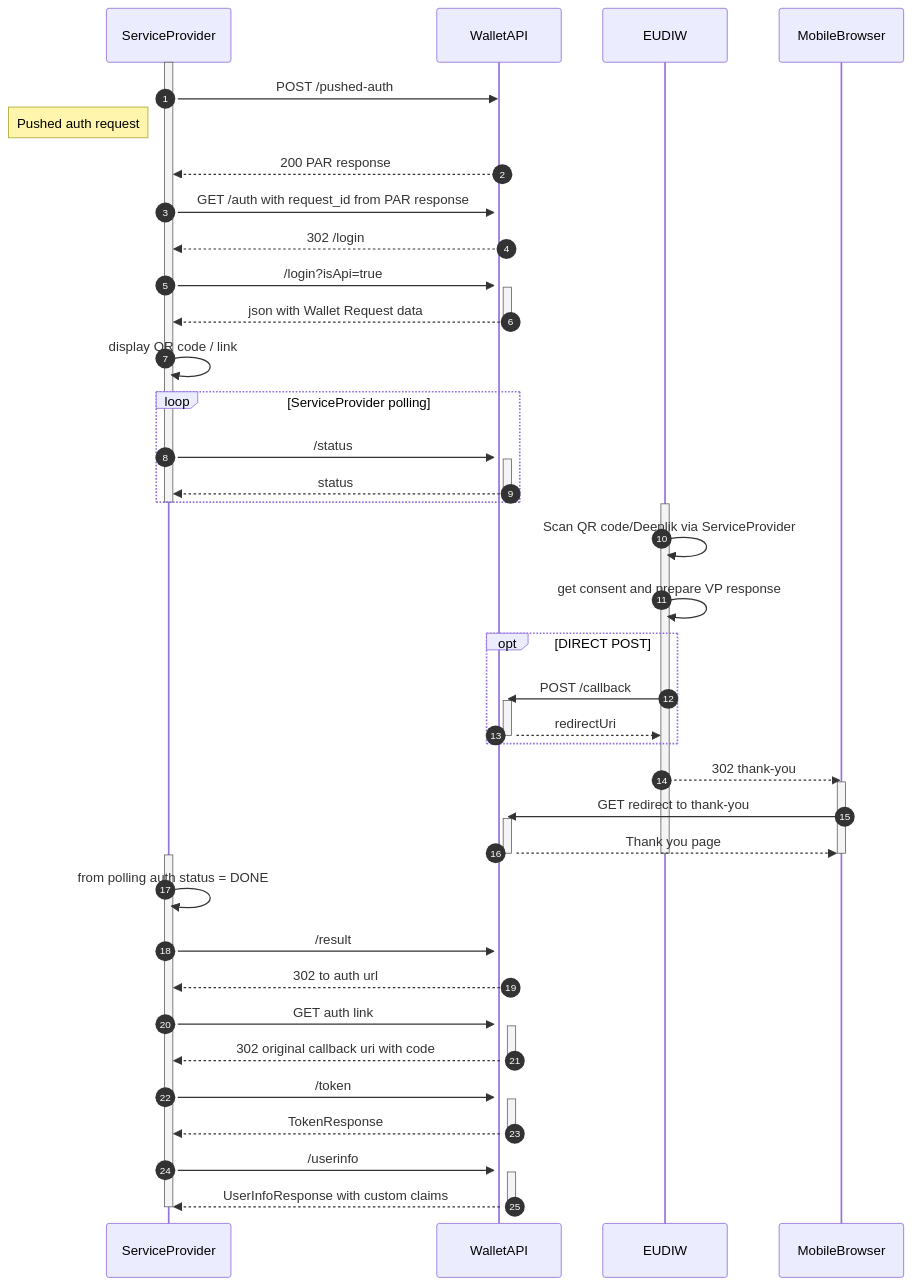
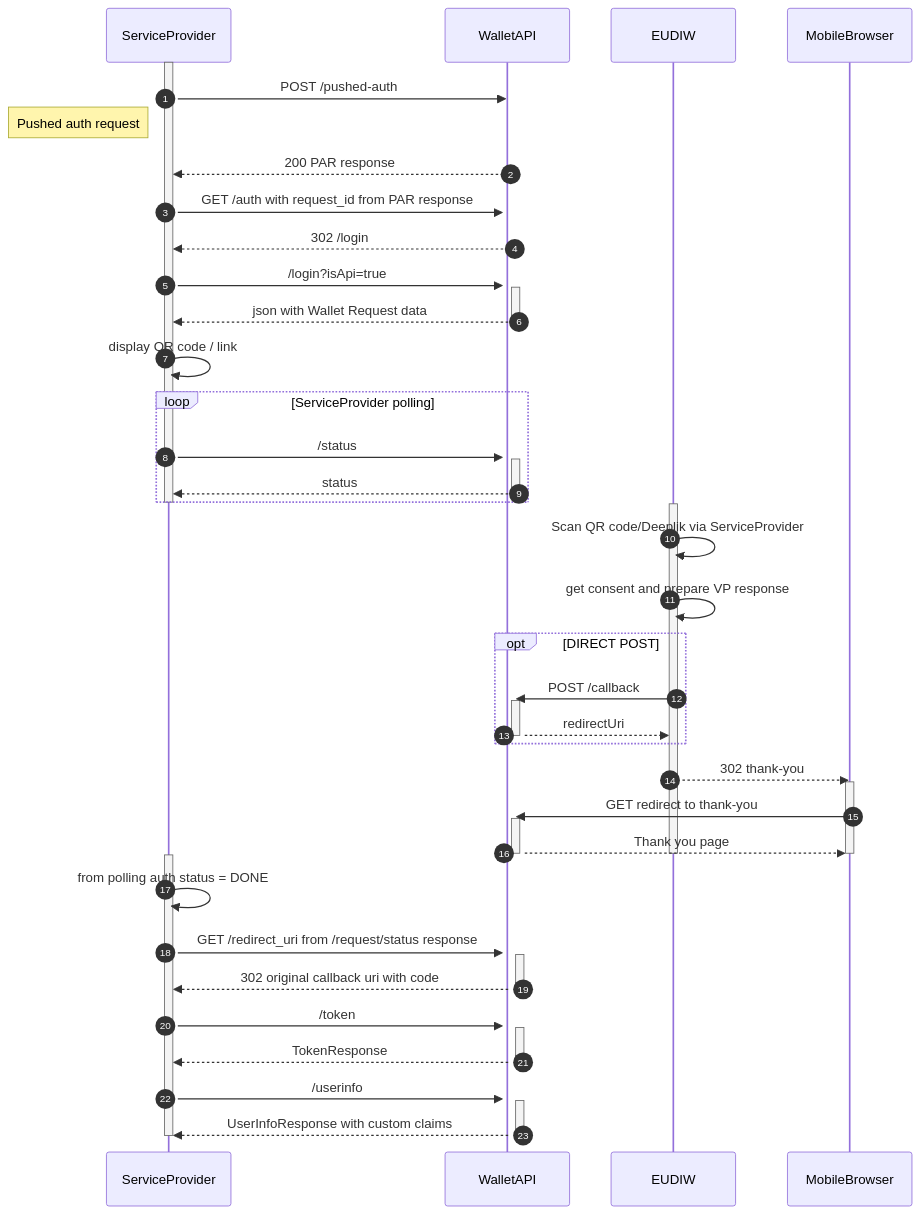
Before and after one commit to BankovniIdentita/wallet-api-docs: the diagram in docs/OpenID4VP_overview_SeP.mmd, drawn with Mermaid. The commit also changed 4 other files, not shown here.

Commit message:
Remove `/result` endpoint and update documentation to reflect `redirect_uri` handling improvements

```diff
--- a/docs/OpenID4VP_overview_SeP.mmd
+++ b/docs/OpenID4VP_overview_SeP.mmd
@@ -1,64 +1,62 @@
 sequenceDiagram
     autonumber
     participant ServiceProvider
     participant WalletAPI
     participant EUDIW
     participant MobileBrowser
 
     activate ServiceProvider
     ServiceProvider->>WalletAPI: POST /pushed-auth
     Note left of ServiceProvider: Pushed auth request
     activate WalletAPI
     WalletAPI-->>ServiceProvider: 200 PAR response
     ServiceProvider ->> WalletAPI: GET /auth with request_id from PAR response
     activate WalletAPI
     WalletAPI -->> ServiceProvider: 302 /login
     ServiceProvider ->> WalletAPI: /login?isApi=true
     activate WalletAPI
     WalletAPI -->> ServiceProvider: json with Wallet Request data
     deactivate WalletAPI
     ServiceProvider->>ServiceProvider: display QR code / link
     loop ServiceProvider polling
         ServiceProvider->>WalletAPI: /status
         activate WalletAPI
         WalletAPI-->>ServiceProvider: status
         deactivate WalletAPI
     end
     deactivate ServiceProvider
 
     activate EUDIW
     EUDIW->>EUDIW: Scan QR code/Deeplik via ServiceProvider
     EUDIW->>EUDIW: get consent and prepare VP response
     opt DIRECT POST
         EUDIW->>WalletAPI: POST /callback
         activate WalletAPI
         WalletAPI-->>EUDIW: redirectUri
         deactivate WalletAPI
     end
     EUDIW-->>MobileBrowser: 302 thank-you
     activate MobileBrowser
     MobileBrowser->>WalletAPI: GET redirect to thank-you
     activate WalletAPI
     WalletAPI-->>MobileBrowser: Thank you page   
     deactivate WalletAPI
     deactivate MobileBrowser
     deactivate EUDIW
 
     activate ServiceProvider
     ServiceProvider->>ServiceProvider: from polling auth status = DONE
-    ServiceProvider ->> WalletAPI: /result
     activate WalletAPI
-    WalletAPI -->> ServiceProvider: 302 to auth url
-    ServiceProvider->>WalletAPI: GET auth link
+    ServiceProvider->>WalletAPI: GET /redirect_uri from /request/status response
     activate WalletAPI
     WalletAPI-->>ServiceProvider: 302 original callback uri with code
     deactivate WalletAPI
     ServiceProvider->>WalletAPI: /token
     activate WalletAPI
     WalletAPI-->>ServiceProvider: TokenResponse
     deactivate WalletAPI
     ServiceProvider->>WalletAPI: /userinfo
     activate WalletAPI
     WalletAPI-->>ServiceProvider: UserInfoResponse with custom claims
     deactivate WalletAPI
     deactivate ServiceProvider
```
